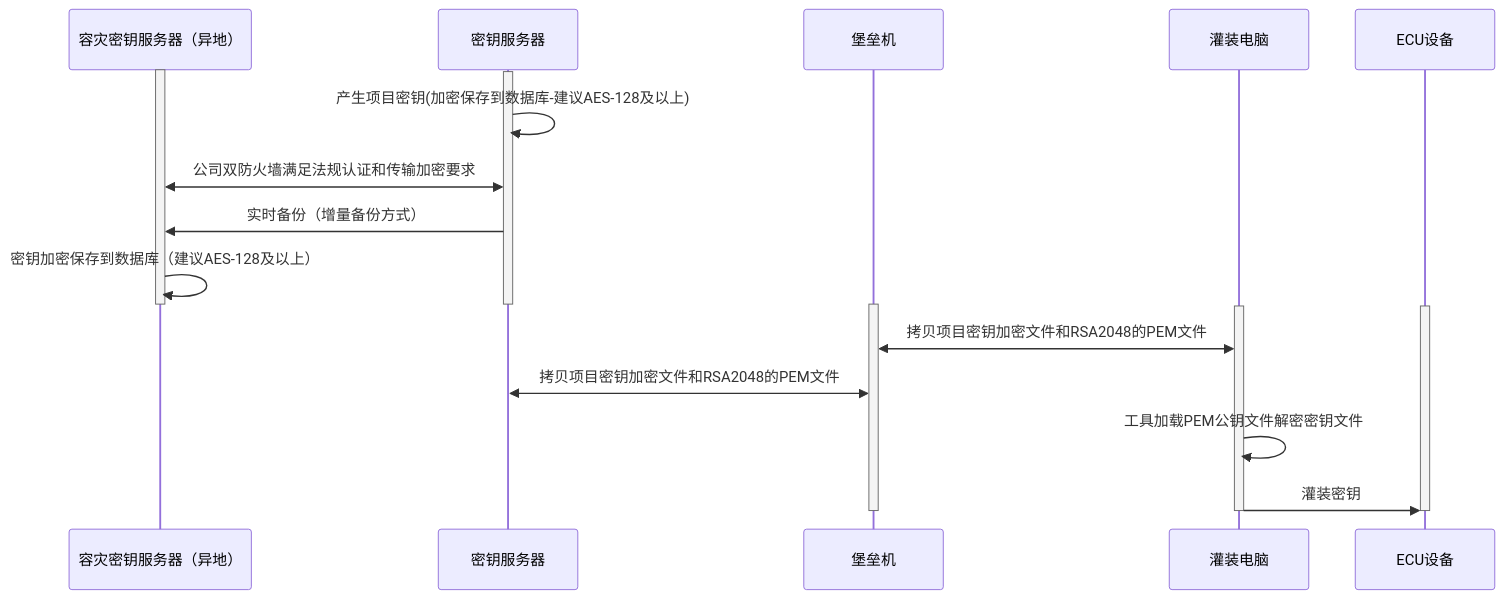
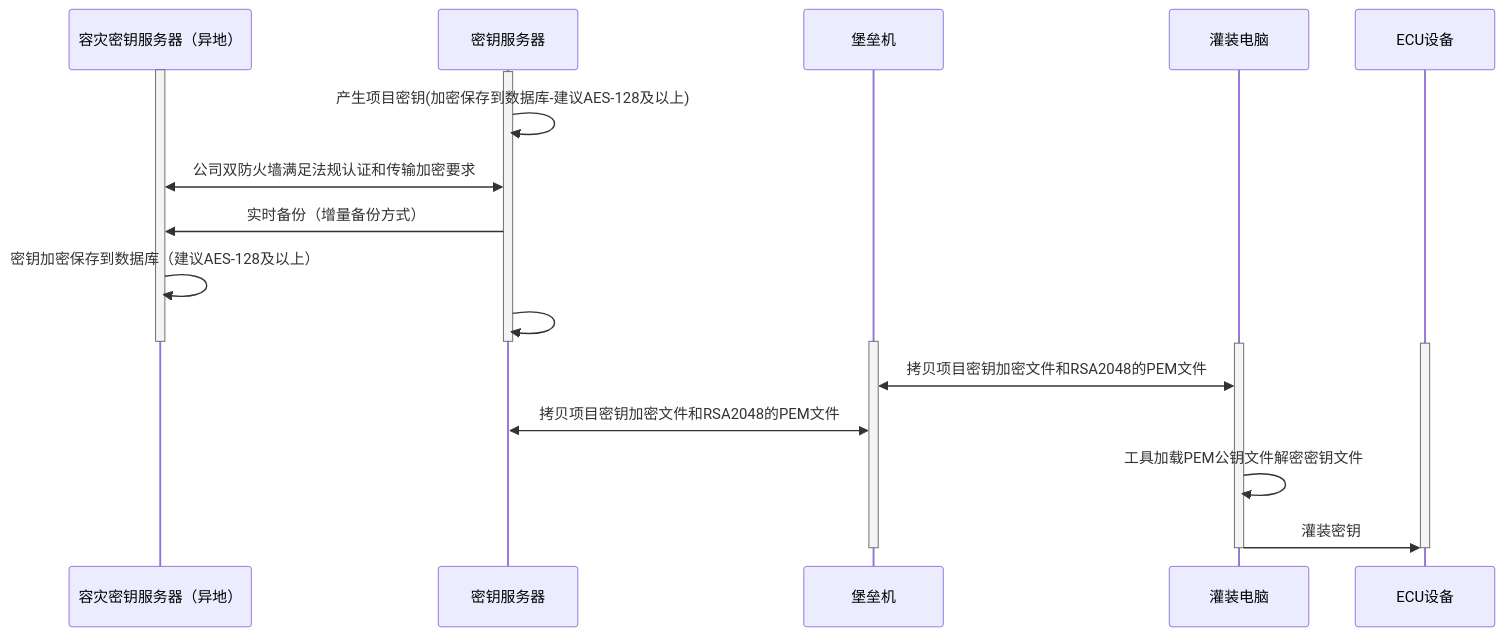
Before and after one commit to facebook-cloud/iodraw-files: the diagram in all/未命名-15.md, drawn with Mermaid.

Commit message:
2026-02-07 14:05:33 update

````diff
--- a/all/未命名-15.md
+++ b/all/未命名-15.md
@@ -1,31 +1,31 @@
 ```mermaid
 sequenceDiagram
     participant A as 容灾密钥服务器（异地）
     participant B as 密钥服务器
     participant C as 堡垒机
     participant D as 灌装电脑
     participant E as ECU设备
 
     activate A
     activate B
     B->>B: 产生项目密钥(加密保存到数据库-建议AES-128及以上)
     A<<->>B: 公司双防火墙满足法规认证和传输加密要求
     B->>A: 实时备份（增量备份方式）
     A->>A: 密钥加密保存到数据库（建议AES-128及以上）
-    
+    B->>B: 
     deactivate B
     deactivate A
 
     activate C
     activate D
     activate E
 
     D<<->>C: 拷贝项目密钥加密文件和RSA2048的PEM文件
     C<<->>B: 拷贝项目密钥加密文件和RSA2048的PEM文件
     D->>D:工具加载PEM公钥文件解密密钥文件
     D->>E: 灌装密钥
     deactivate C
     deactivate D
     deactivate E
 
 ```
````
